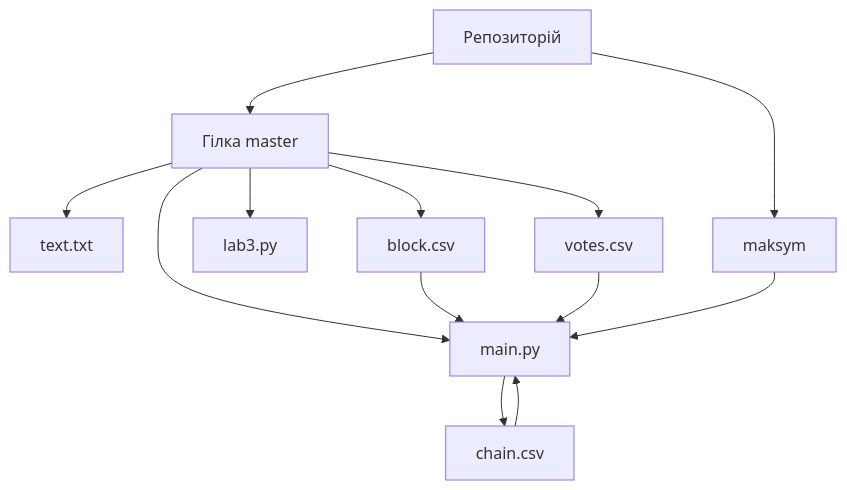
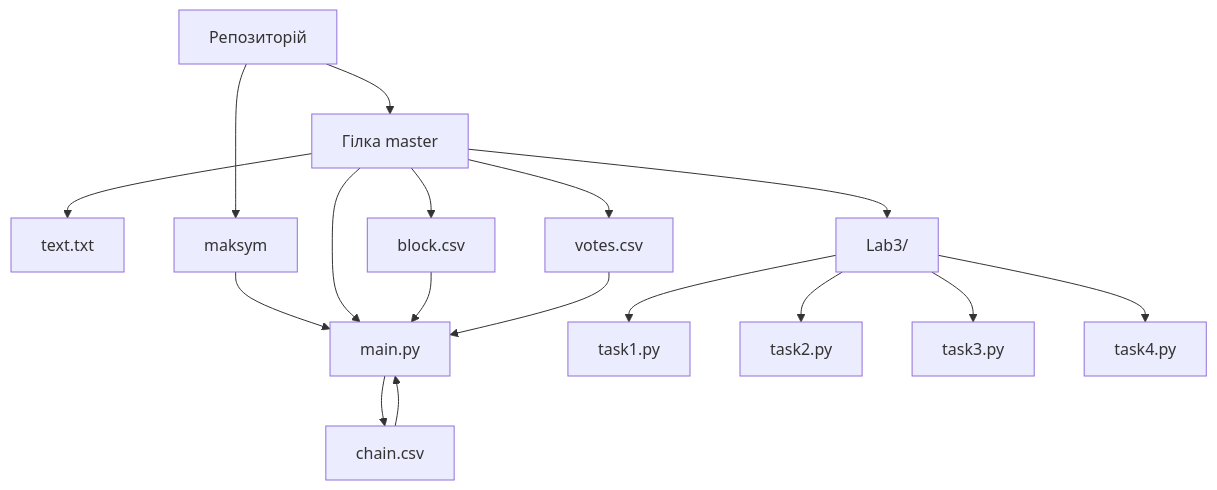
One commit to olehkosenko47/educational-practice changed the diagram in README.md. Above: the diagram before and after it, drawn with Mermaid.

````diff
--- a/README.md
+++ b/README.md
@@ -71,16 +71,20 @@
 ```mermaid
 flowchart TD
     A[Репозиторій] --> B[Гілка master]
     B --> T[text.txt]
     B1[maksym] --> L1PY[main.py]
     A --> B1
     B --> L1PY[main.py]
-    B --> L3PY[lab3.py]
+    B --> L3PY[Lab3/]
     B --> BC[block.csv]
     B --> VC[votes.csv]
-    
+    L3PY --> T1[task1.py]
+    L3PY --> T2[task2.py]
+    L3PY --> T3[task3.py]
+    L3PY --> T4[task4.py]
+
     BC --> L1PY
     VC --> L1PY
     L1PY --> CC[chain.csv]
     CC --> L1PY
 ```
````
